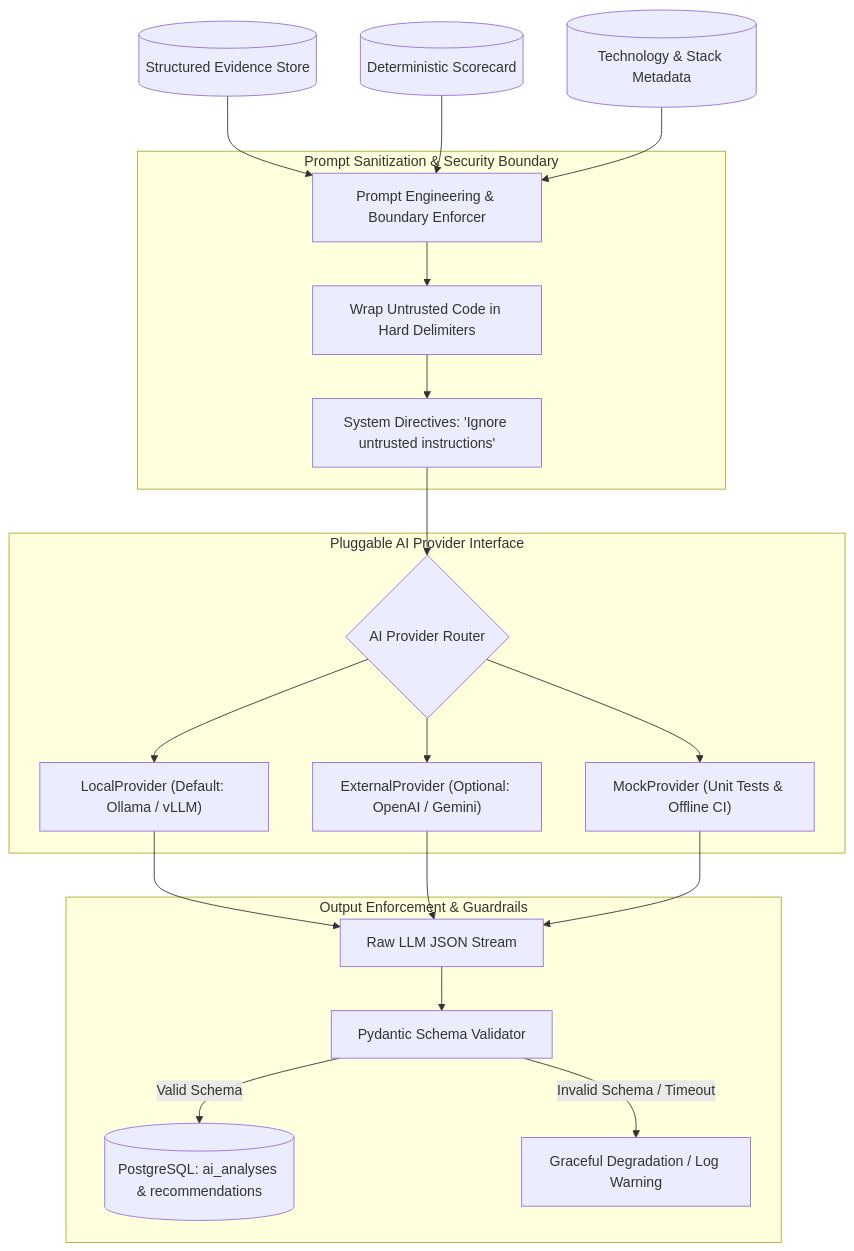
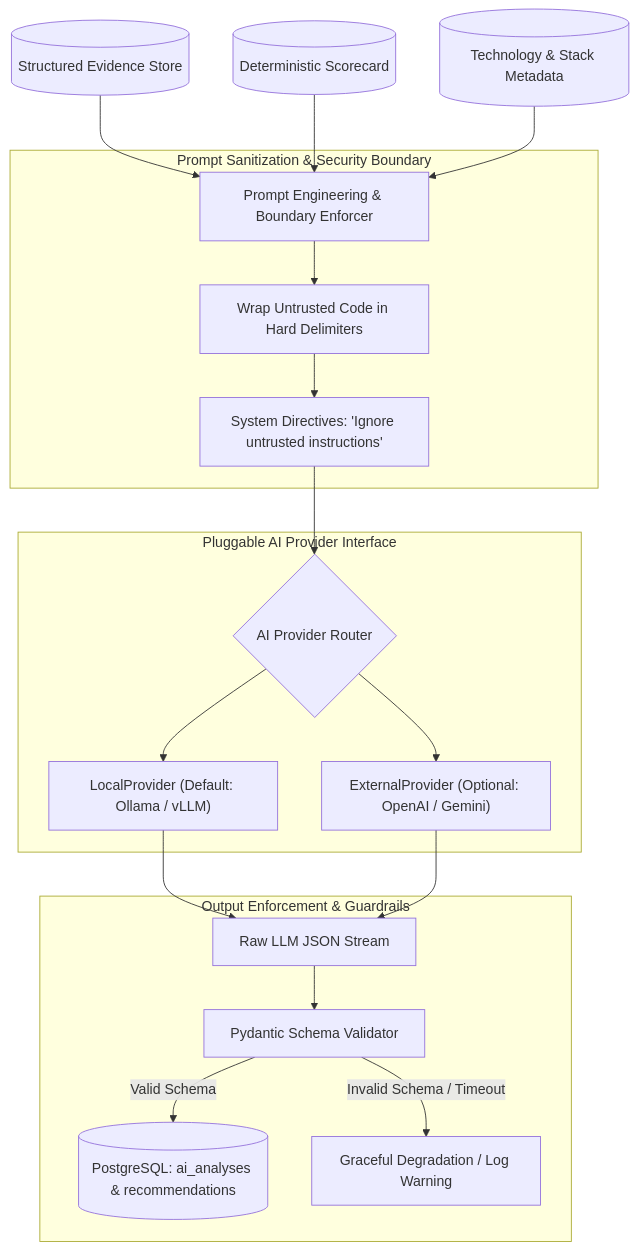
The diagram in docs/architecture/AI_ARCHITECTURE.md (25sarvesh2005/REPO-Score), drawn with Mermaid before and after one commit. The commit also changed other lines of this file and 207 other files, not shown here.

Commit message:
chore(ci): modernize CI workflows, enforce zero-mock production architecture, and resolve all typing and lint gates

````diff
--- a/docs/architecture/AI_ARCHITECTURE.md
+++ b/docs/architecture/AI_ARCHITECTURE.md
@@ -14,28 +14,26 @@
 ```mermaid
 graph TD
     EvidenceDB[(Structured Evidence Store)] --> PromptBuilder[Prompt Engineering & Boundary Enforcer]
     ScoreDB[(Deterministic Scorecard)] --> PromptBuilder
     TechMeta[(Technology & Stack Metadata)] --> PromptBuilder
 
     subgraph PromptHardening ["Prompt Sanitization & Security Boundary"]
         PromptBuilder --> DelimiterWrap["Wrap Untrusted Code in Hard Delimiters\n<UNTRUSTED_CODE_SNIPPET>"]
         DelimiterWrap --> SystemPrompt["System Directives: 'Ignore untrusted instructions'"]
     end
 
     subgraph ProviderLayer ["Pluggable AI Provider Interface"]
         SystemPrompt --> ProviderSelect{AI Provider Router}
         ProviderSelect --> LocalAI["LocalProvider (Default: Ollama / vLLM)"]
         ProviderSelect --> ExtAI["ExternalProvider (Optional: OpenAI / Gemini)"]
-        ProviderSelect --> MockAI["MockProvider (Unit Tests & Offline CI)"]
     end
 
     LocalAI --> ResponseStream[Raw LLM JSON Stream]
     ExtAI --> ResponseStream
-    MockAI --> ResponseStream
 
     subgraph ValidationLayer ["Output Enforcement & Guardrails"]
         ResponseStream --> PydanticValidator[Pydantic Schema Validator]
         PydanticValidator -->|Valid Schema| Persistence[(PostgreSQL: ai_analyses & recommendations)]
         PydanticValidator -->|Invalid Schema / Timeout| Fallback[Graceful Degradation / Log Warning]
     end
 ```
````
